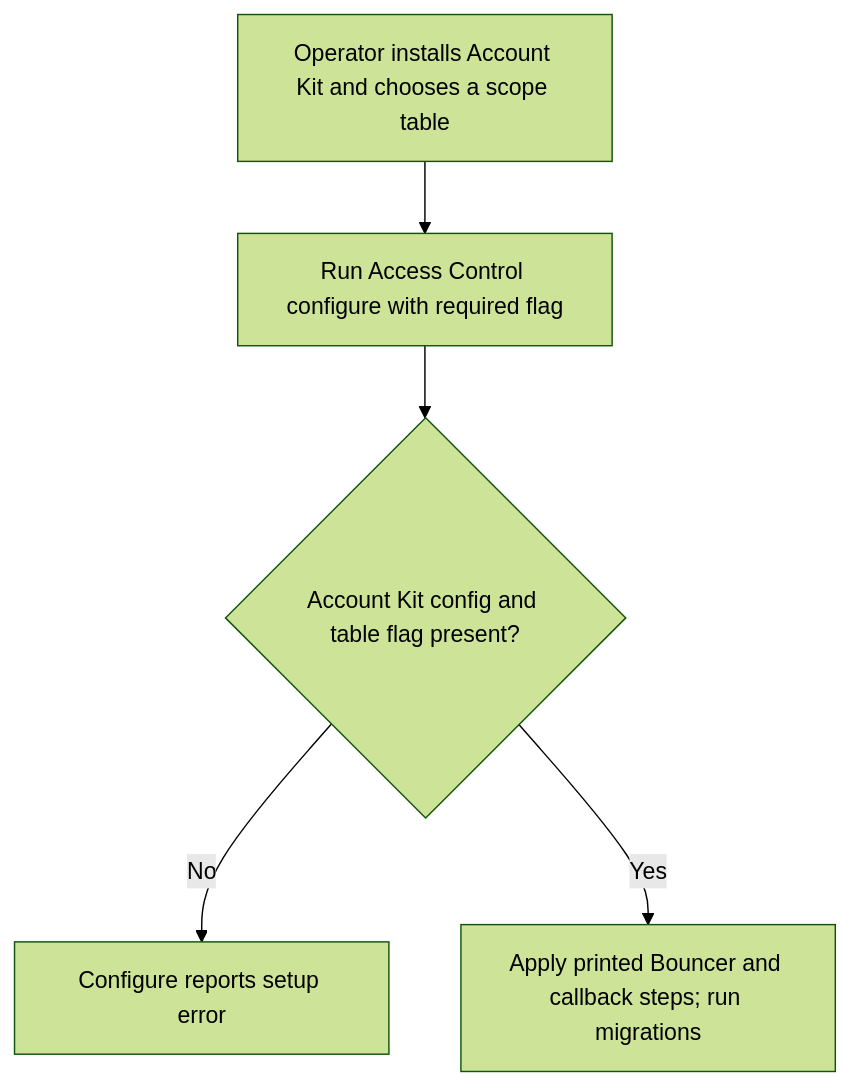
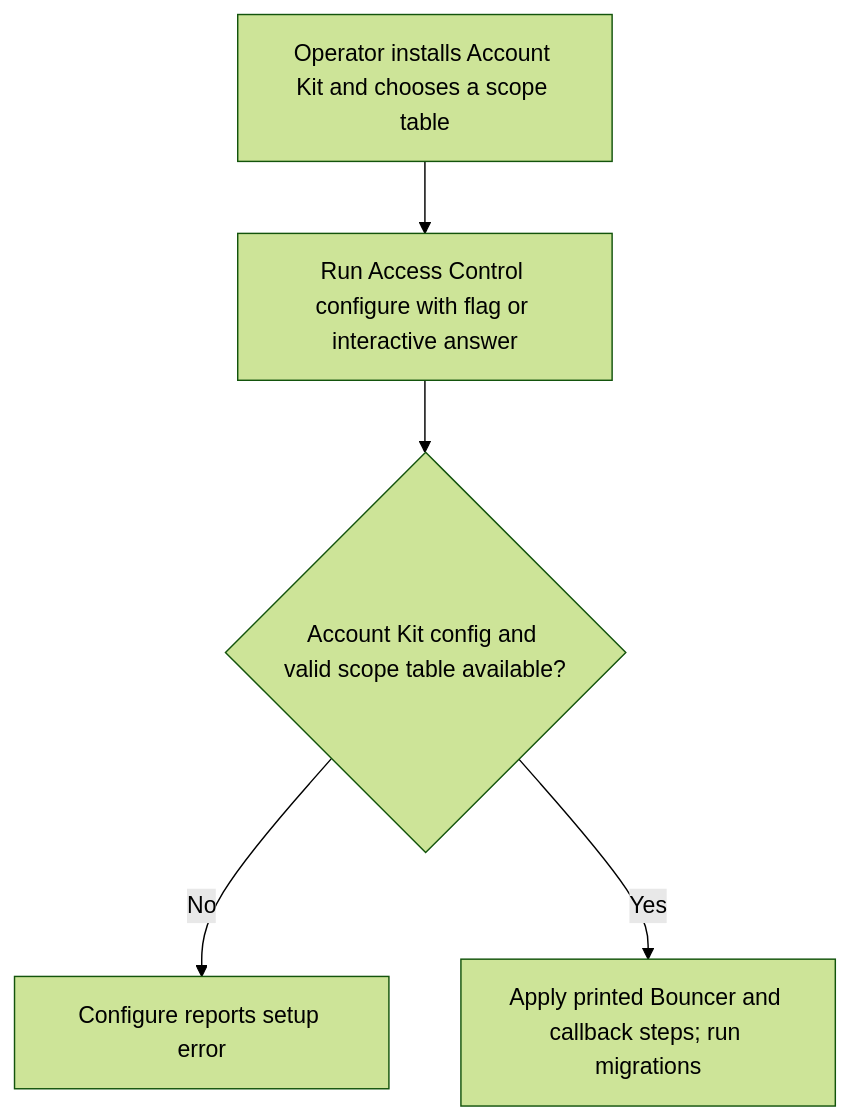
Before and after one commit to Kevinjohn/oss-adonisjs-access-control: the first of 2 diagrams in user-stories/US-ACCESS-14-configure-access-control.md, drawn with Mermaid (forest theme). The commit also changed other lines of this file and 31 other files, not shown here.

````diff
--- a/user-stories/US-ACCESS-14-configure-access-control.md
+++ b/user-stories/US-ACCESS-14-configure-access-control.md
@@ -20,7 +20,7 @@
 ```mermaid
 flowchart TD
-    A["Operator installs Account Kit and chooses a scope table"] --> B["Run Access Control configure with required flag"]
-    B --> C{"Account Kit config and table flag present?"}
+    A["Operator installs Account Kit and chooses a scope table"] --> B["Run Access Control configure with flag or interactive answer"]
+    B --> C{"Account Kit config and valid scope table available?"}
     C -->|No| D["Configure reports setup error"]
     C -->|Yes| E["Apply printed Bouncer and callback steps; run migrations"]
 ```
````
